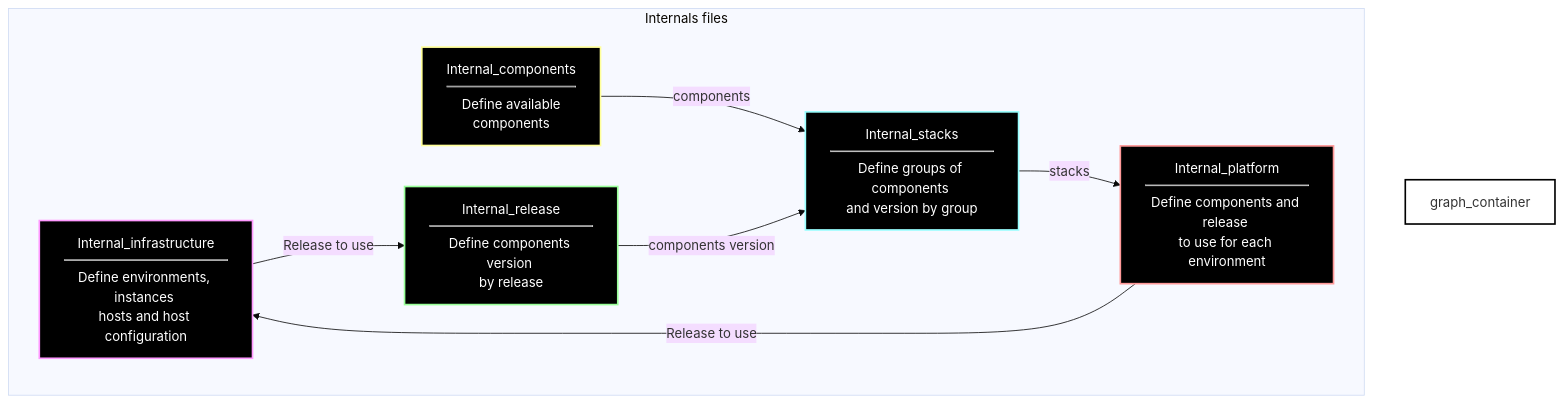
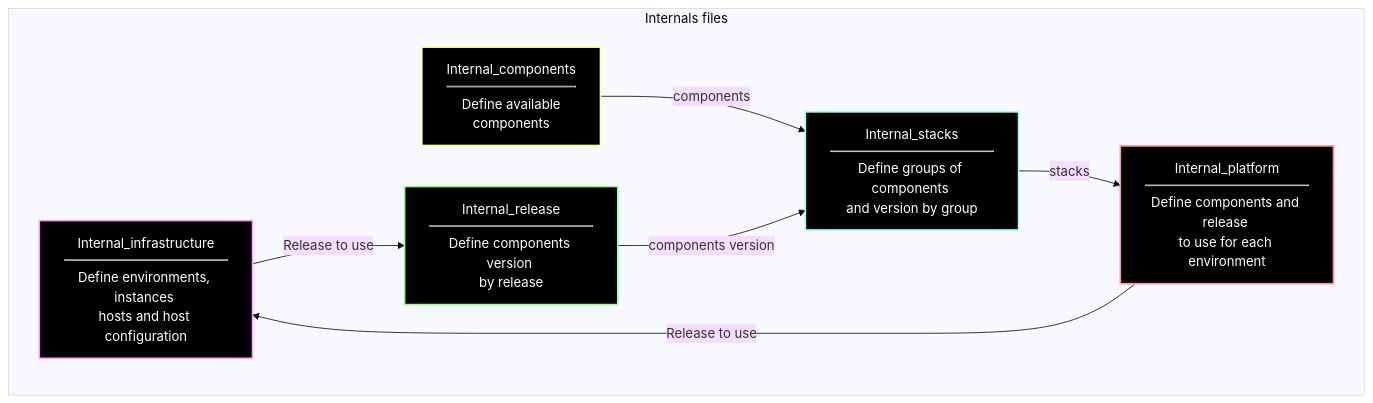
One commit to SavaiRavikiran/Monitoring_With_Prometheus-Grafana changed the first of 31 diagrams in Markdown1.md. Above: the diagram before and after it, drawn with Mermaid (base theme).

````diff
--- a/Markdown1.md
+++ b/Markdown1.md
@@ -3,20 +3,18 @@
 ```mermaid
 graph TD;
 
-  subgraph "Internals files"
-    style graph_container fill:transparent, stroke:#000, stroke-width:2px, stroke-dasharray: 0;
-    
+  subgraph "Internals files"    
     style A fill:#000, stroke:#f9f, stroke-width:2px, stroke-dasharray: 0, color:#fff;
     style B fill:#000, stroke:#9f9, stroke-width:2px, stroke-dasharray: 0, color:#fff;
     style C fill:#000, stroke:#ff9, stroke-width:2px, stroke-dasharray: 0, color:#fff;
     style D fill:#000, stroke:#9ff, stroke-width:2px, stroke-dasharray: 0, color:#fff;
     style E fill:#000, stroke:#f99, stroke-width:2px, stroke-dasharray: 0, color:#fff;
   
     A["Internal_infrastructure<br/><hr style='margin-top: 8px; margin-bottom: 8px;'/>Define environments, instances <br/>hosts and host configuration"] -->|Release to use| B["Internal_release<br/><hr style='margin-top: 8px; margin-bottom: 8px;'/>Define components version <br/>by release"];
     C["Internal_components<br/><hr style='margin-top: 8px; margin-bottom: 8px;'/>Define available<br/> components"] -->|components| D["Internal_stacks<br/><hr style='margin-top: 8px; margin-bottom: 8px;'/>Define groups of components <br/>and version by group"];
     D -->|stacks| E["Internal_platform<br/><hr style='margin-top: 8px; margin-bottom: 8px;'/>Define components and release <br/>to use for each environment"];
     E -->|Release to use| A;
     B -->|components version| D;
     
   end;
 ```
````
